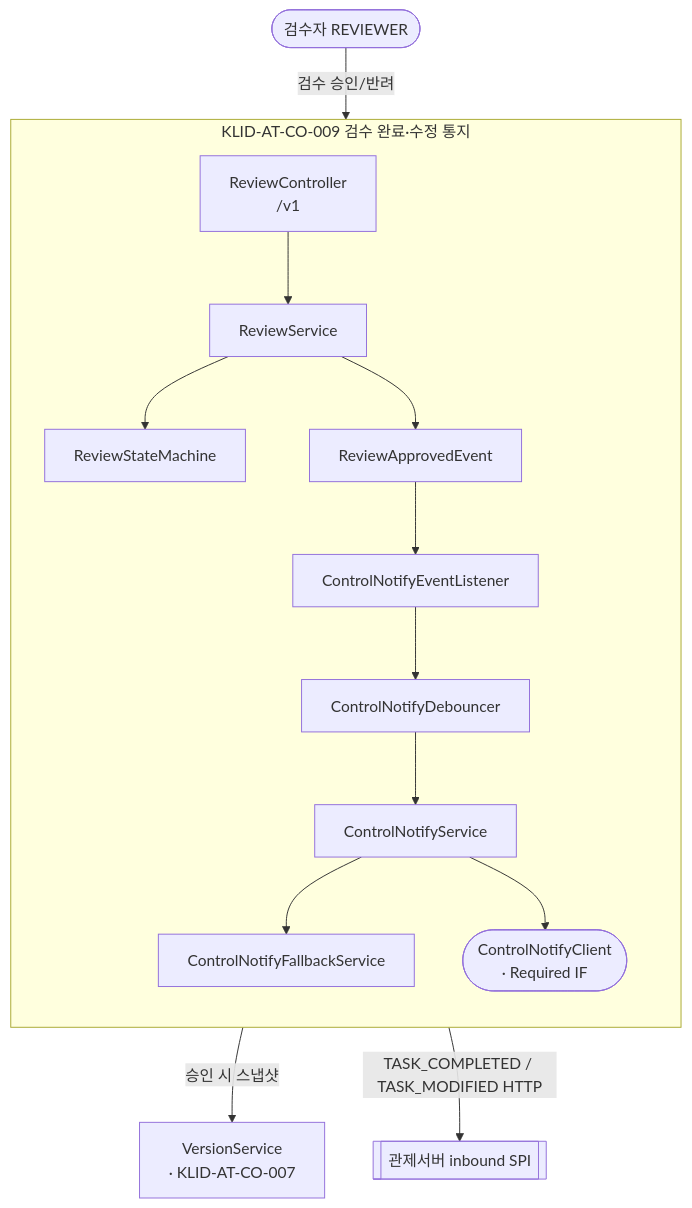
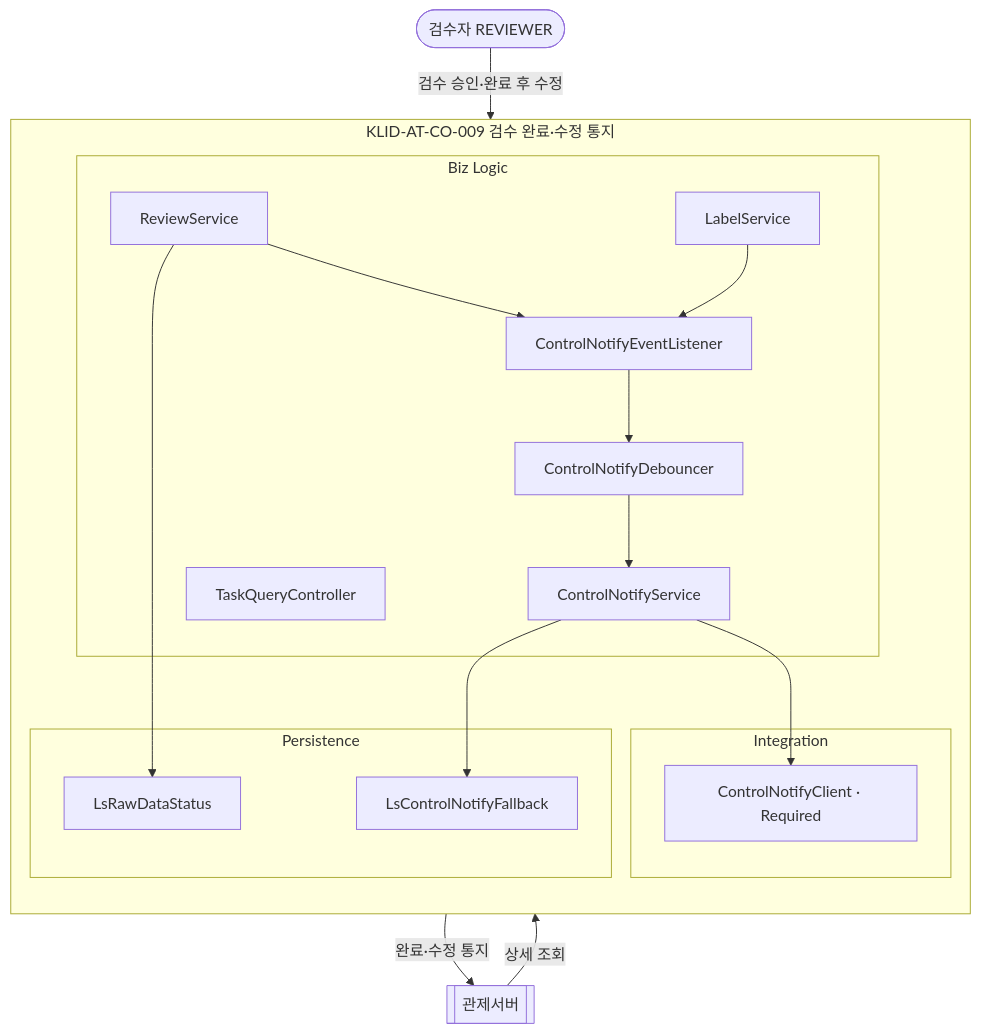
Before and after one commit to New-stella/klid-label: the ninth of 13 diagrams in docs/design/D3-컴포넌트설계서.md, drawn with Mermaid. The commit also changed other lines of this file and 32 other files, not shown here.

````diff
--- a/docs/design/D3-컴포넌트설계서.md
+++ b/docs/design/D3-컴포넌트설계서.md
@@ -231,29 +282,33 @@
 ```mermaid
 flowchart TD
     REVIEWER([검수자 REVIEWER])
-    CTRL[[관제서버 inbound SPI]]
+    CTRL[[관제서버]]
     subgraph CO009[KLID-AT-CO-009 검수 완료·수정 통지]
         direction TB
-        RC[ReviewController<br/>/v1]
-        RS[ReviewService]
-        RSM[ReviewStateMachine]
-        RAE[ReviewApprovedEvent]
-        CNL[ControlNotifyEventListener]
-        CND[ControlNotifyDebouncer]
-        CNS[ControlNotifyService]
-        CNFS[ControlNotifyFallbackService]
-        CNC([ControlNotifyClient<br/>· Required IF])
-        RC --> RS
-        RS --> RSM
-        RS --> RAE
-        RAE --> CNL
+        subgraph BIZ9[Biz Logic]
+            RS[ReviewService]
+            LS[LabelService]
+            CNL[ControlNotifyEventListener]
+            CND[ControlNotifyDebouncer]
+            CNS[ControlNotifyService]
+            TQC[TaskQueryController]
+        end
+        subgraph INT9[Integration]
+            CNC[ControlNotifyClient · Required]
+        end
+        subgraph PER9[Persistence]
+            LCF[LsControlNotifyFallback]
+            LRS[LsRawDataStatus]
+        end
+        RS --> CNL
+        LS --> CNL
         CNL --> CND
         CND --> CNS
-        CNS --> CNFS
         CNS --> CNC
+        CNS --> LCF
+        RS --> LRS
     end
-    VS[VersionService<br/>· KLID-AT-CO-007]
-    REVIEWER -->|검수 승인/반려| RC
-    RS -->|승인 시 스냅샷| VS
-    CNC -->|TASK_COMPLETED / TASK_MODIFIED HTTP| CTRL
+    REVIEWER -->|검수 승인·완료 후 수정| RS
+    CTRL -->|상세 조회| TQC
+    CNC -->|완료·수정 통지| CTRL
 ```
````
